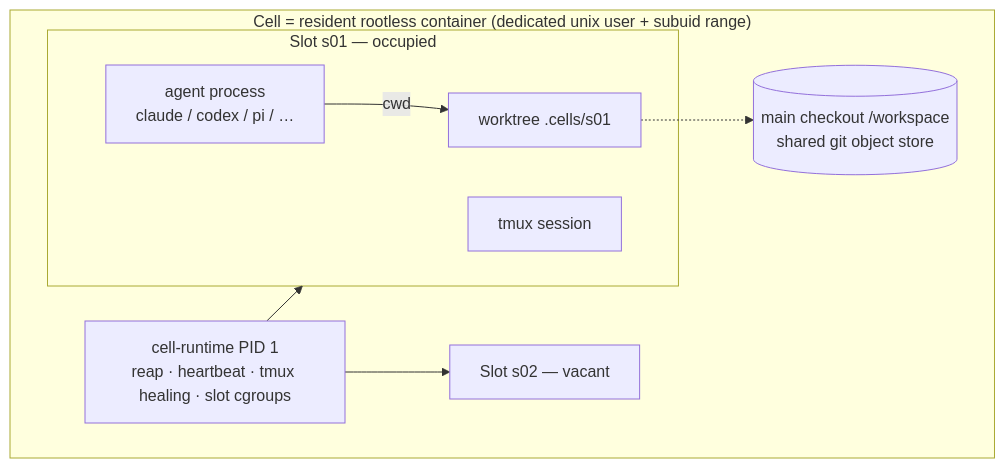
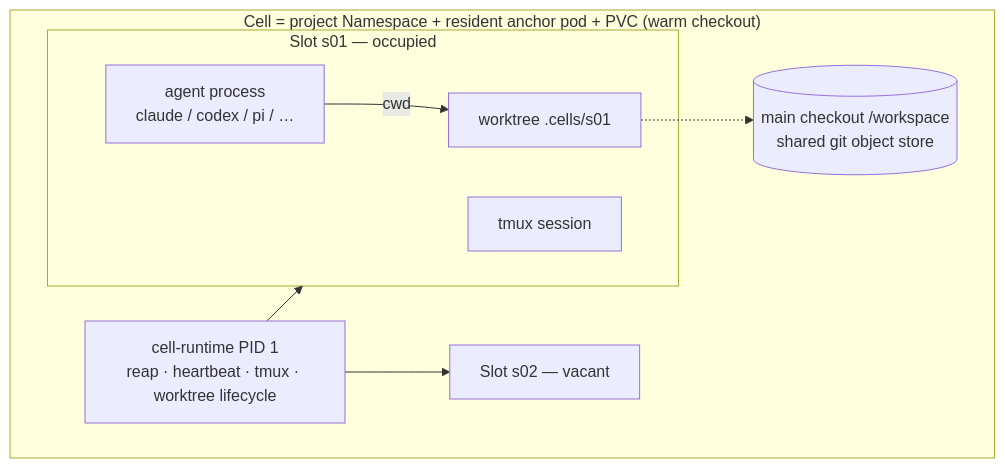
Before and after one commit to zippo1908/agentcell: the diagram in README.md, drawn with Mermaid. The commit also changed other lines of this file and 4 other files, not shown here.

````diff
--- a/README.md
+++ b/README.md
@@ -16,17 +16,17 @@
 ```mermaid
 flowchart TB
-    subgraph CELL["Cell = resident rootless container (dedicated unix user + subuid range)"]
-        PID1["cell-runtime PID 1<br/>reap · heartbeat · tmux healing · slot cgroups"]
+    subgraph CELL["Cell = project Namespace + resident anchor pod + PVC (warm checkout)"]
+        PID1["cell-runtime PID 1<br/>reap · heartbeat · tmux · worktree lifecycle"]
         OBJ[("main checkout /workspace<br/>shared git object store")]
         subgraph S1["Slot s01 — occupied"]
             W1["worktree .cells/s01"]
             T1["tmux session"]
             A1["agent process<br/>claude / codex / pi / …"]
         end
         S2["Slot s02 — vacant"]
     end
     PID1 --> S1
     PID1 --> S2
     A1 -->|cwd| W1
     W1 -.-> OBJ
 ```
````
